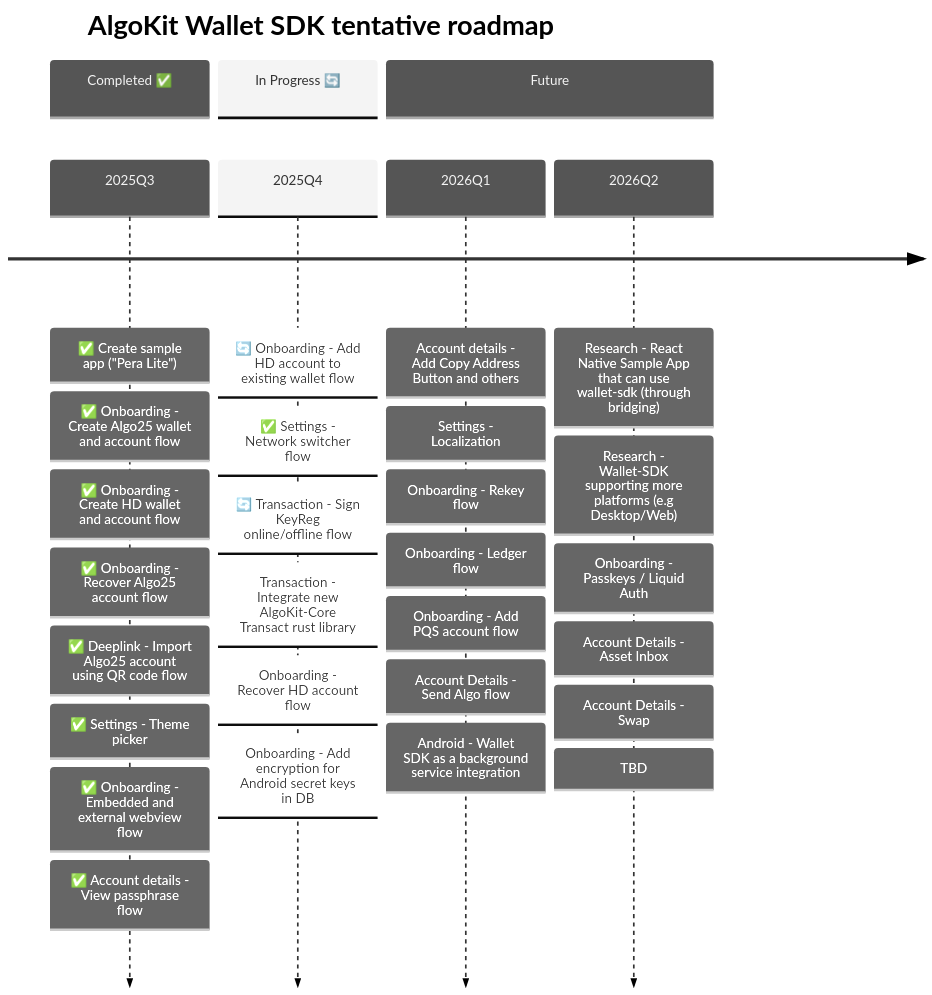
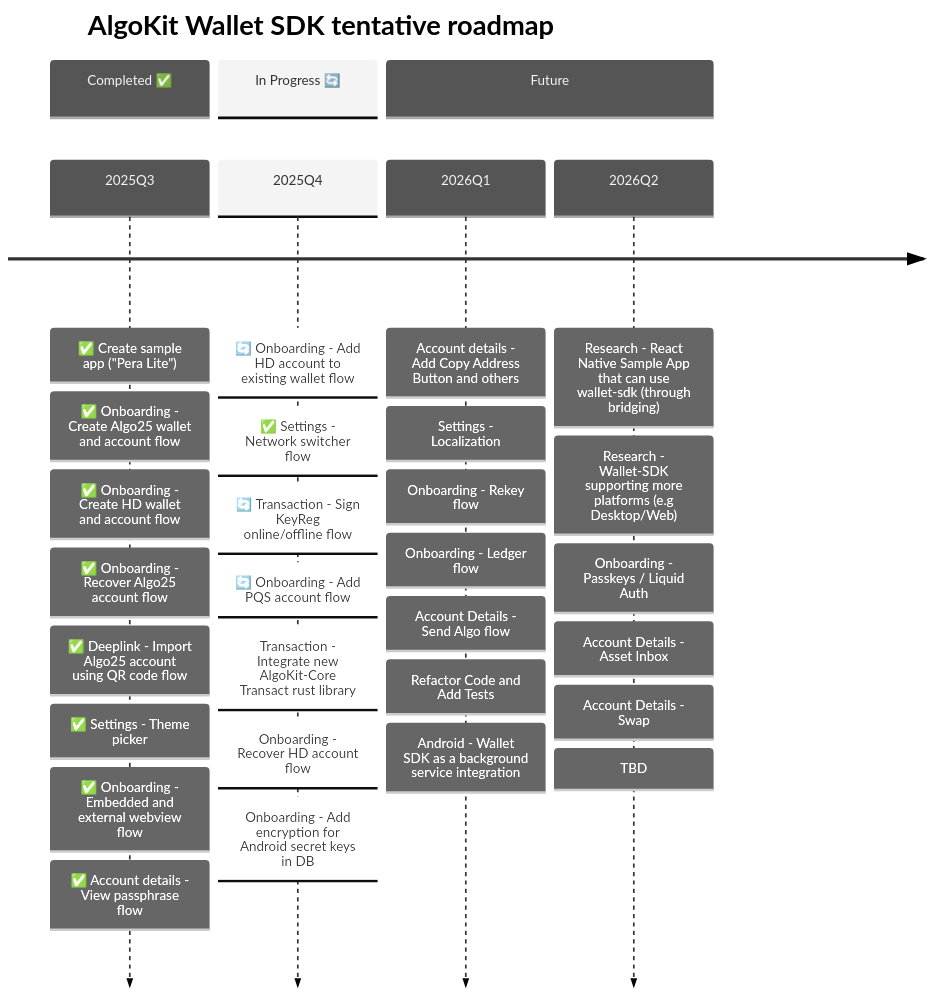
The second of 3 diagrams in README.md (michaeltchuang/algokit-walletsdk-kmp), drawn with Mermaid before and after one commit. The commit also changed other lines of this file and 65 other files, not shown here.

Commit message:
feat: add working falcon24 account code for android (#55)

````diff
--- a/README.md
+++ b/README.md
@@ -47,41 +47,42 @@
 ```mermaid
 ---
 config:
   theme: 'neutral'
 ---
 timeline
     title AlgoKit Wallet SDK tentative roadmap
 
     section Completed ✅
     2025Q3  : ✅ Create sample app ("Pera Lite")
             : ✅ Onboarding - Create Algo25 wallet and account flow
             : ✅ Onboarding - Create HD wallet and account flow
             : ✅ Onboarding - Recover Algo25 account flow
             : ✅ Deeplink - Import Algo25 account using QR code flow
             : ✅ Settings - Theme picker
             : ✅ Onboarding - Embedded and external webview flow
             : ✅ Account details - View passphrase flow
 
     section In Progress 🔄
     2025Q4  : 🔄 Onboarding - Add HD account to existing wallet flow
             : ✅ Settings - Network switcher flow
             : 🔄 Transaction - Sign KeyReg online/offline flow
+            : 🔄 Onboarding - Add PQS account flow
             : Transaction - Integrate new AlgoKit-Core Transact rust library
             : Onboarding - Recover HD account flow
             : Onboarding - Add encryption for Android secret keys in DB
 
     section Future
     2026Q1  : Account details - Add Copy Address Button and others
             : Settings - Localization
             : Onboarding - Rekey flow
             : Onboarding - Ledger flow
-            : Onboarding - Add PQS account flow
             : Account Details - Send Algo flow
-            : Android - Wallet SDK as a background service integration  
+            : Refactor Code and Add Tests
+            : Android - Wallet SDK as a background service integration
     2026Q2  : Research - React Native Sample App that can use wallet-sdk (through bridging)
             : Research - Wallet-SDK supporting more platforms (e.g Desktop/Web)
             : Onboarding - Passkeys / Liquid Auth
             : Account Details - Asset Inbox
             : Account Details - Swap
             : TBD
 ```
````
